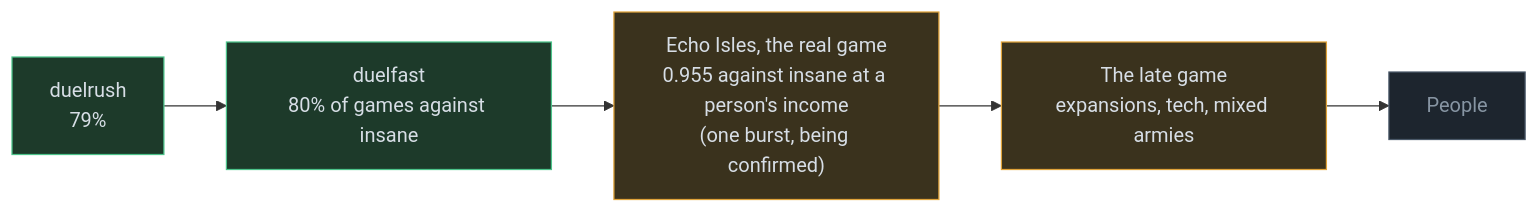
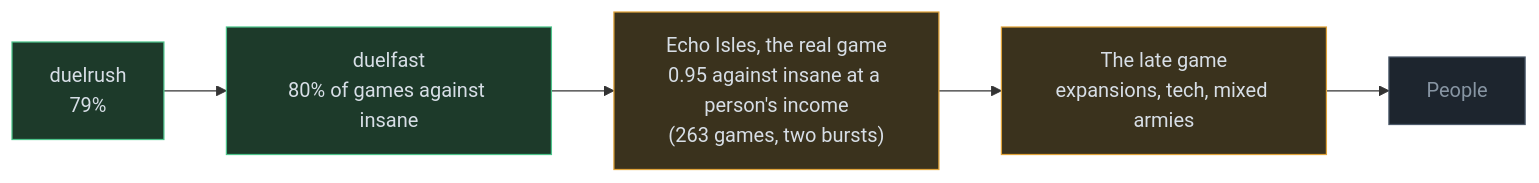
One commit to RobinKa/warcraftsim changed the diagram in docs/road-to-the-real-game.md. Above: the diagram before and after it, drawn with Mermaid. The commit also changed other lines of this file and 3 other files, not shown here.

First line of the commit message:
Confirmed: fgself-236's weight average wins 0.951 against insane (250 of 263 over two bursts, every race 0.90-1.00)

````diff
--- a/docs/road-to-the-real-game.md
+++ b/docs/road-to-the-real-game.md
@@ -5,10 +5,10 @@
 ```mermaid
 flowchart LR
   A["duelrush<br/>79%"]:::done --> B["duelfast<br/>80% of games against insane"]:::done
-  B --> D["Echo Isles, the real game<br/>0.955 against insane at a person's income<br/>(one burst, being confirmed)"]:::now
+  B --> D["Echo Isles, the real game<br/>0.95 against insane at a person's income<br/>(263 games, two bursts)"]:::now
   D --> G["The late game<br/>expansions, tech, mixed armies"]:::now
   G --> P["People"]:::todo
   classDef done fill:#1d3a2a,stroke:#4cc38a,color:#d7dee6
   classDef now fill:#3a321d,stroke:#e0a33a,color:#d7dee6
   classDef todo fill:#1d252e,stroke:#4a5868,color:#8795a3
 ```
````
